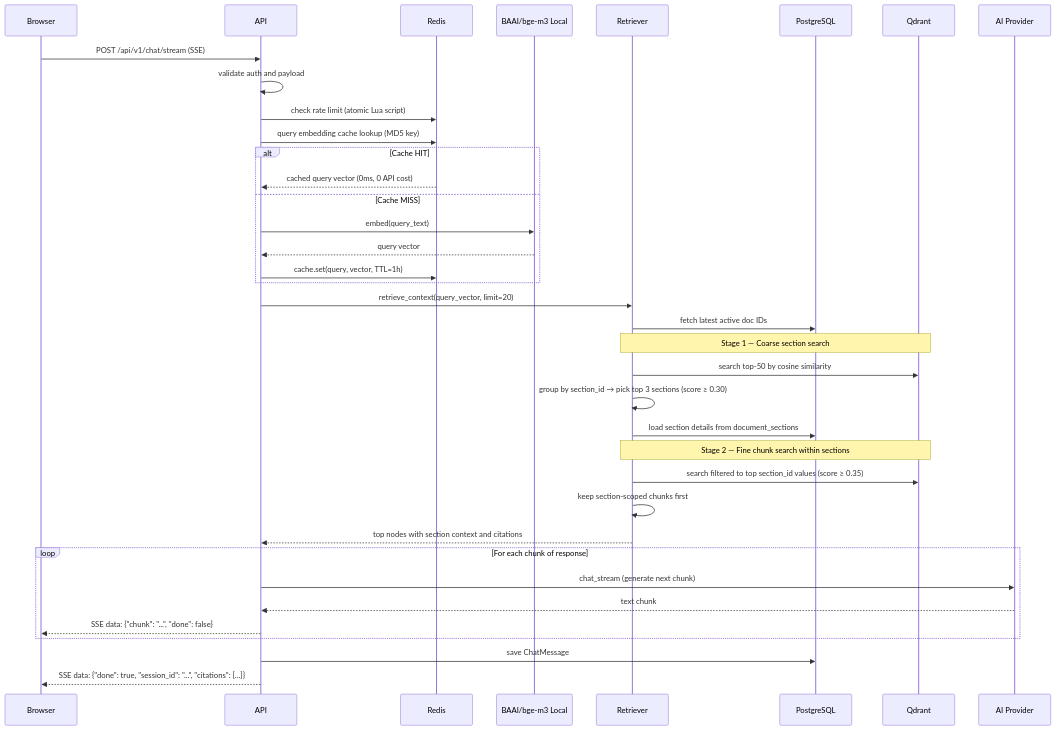
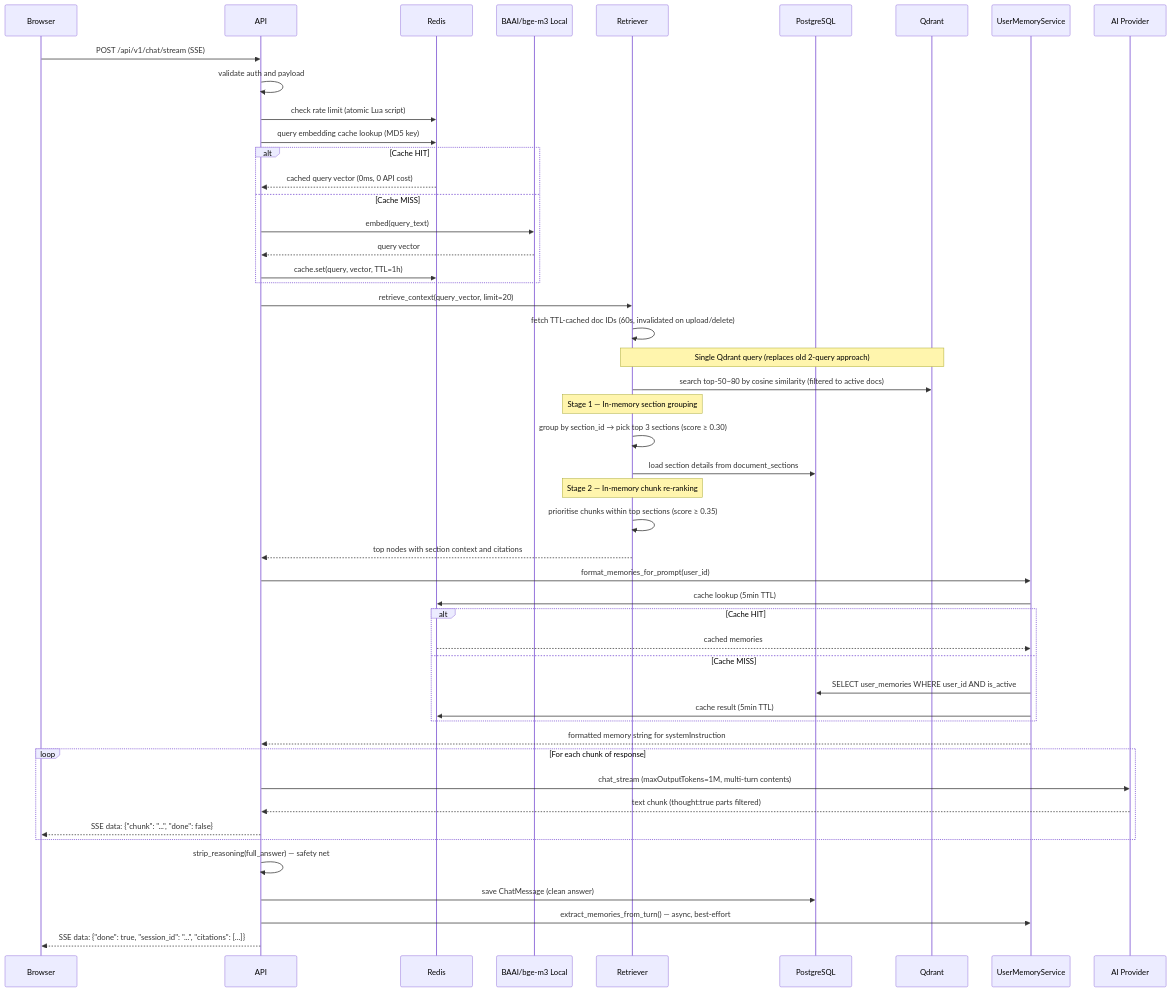
The second of 4 diagrams in docs/03_CORE_WORKFLOWS.md (qtuanph/chatbot-rag), drawn with Mermaid before and after one commit. The commit also changed other lines of this file and 30 other files, not shown here.

First line of the commit message:
feat: implement user memory management with CRUD operations

````diff
--- a/docs/03_CORE_WORKFLOWS.md
+++ b/docs/03_CORE_WORKFLOWS.md
@@ -80,41 +81,54 @@
 ```mermaid
 sequenceDiagram
     participant Browser
     participant API
     participant Redis
     participant Embedder as BAAI/bge-m3 Local
     participant Retriever
     participant DB as PostgreSQL
     participant Qdrant
+    participant Memory as UserMemoryService
     participant Provider as AI Provider
 
     Browser->>API: POST /api/v1/chat/stream (SSE)
     API->>API: validate auth and payload
     API->>Redis: check rate limit (atomic Lua script)
     API->>Redis: query embedding cache lookup (MD5 key)
     alt Cache HIT
         Redis-->>API: cached query vector (0ms, 0 API cost)
     else Cache MISS
         API->>Embedder: embed(query_text)
         Embedder-->>API: query vector
         API->>Redis: cache.set(query, vector, TTL=1h)
     end
     API->>Retriever: retrieve_context(query_vector, limit=20)
-    Retriever->>DB: fetch latest active doc IDs
-    Note over Retriever,Qdrant: Stage 1 — Coarse section search
-    Retriever->>Qdrant: search top-50 by cosine similarity
+    Retriever->>Retriever: fetch TTL-cached doc IDs (60s, invalidated on upload/delete)
+    Note over Retriever,Qdrant: Single Qdrant query (replaces old 2-query approach)
+    Retriever->>Qdrant: search top-50~80 by cosine similarity (filtered to active docs)
+    Note over Retriever: Stage 1 — In-memory section grouping
     Retriever->>Retriever: group by section_id → pick top 3 sections (score ≥ 0.30)
     Retriever->>DB: load section details from document_sections
-    Note over Retriever,Qdrant: Stage 2 — Fine chunk search within sections
-    Retriever->>Qdrant: search filtered to top section_id values (score ≥ 0.35)
-    Retriever->>Retriever: keep section-scoped chunks first
+    Note over Retriever: Stage 2 — In-memory chunk re-ranking
+    Retriever->>Retriever: prioritise chunks within top sections (score ≥ 0.35)
     Retriever-->>API: top nodes with section context and citations
 
+    API->>Memory: format_memories_for_prompt(user_id)
+    Memory->>Redis: cache lookup (5min TTL)
+    alt Cache HIT
+        Redis-->>Memory: cached memories
+    else Cache MISS
+        Memory->>DB: SELECT user_memories WHERE user_id AND is_active
+        Memory->>Redis: cache result (5min TTL)
+    end
+    Memory-->>API: formatted memory string for systemInstruction
+
     loop For each chunk of response
-        API->>Provider: chat_stream (generate next chunk)
-        Provider-->>API: text chunk
+        API->>Provider: chat_stream (maxOutputTokens=1M, multi-turn contents)
+        Provider-->>API: text chunk (thought:true parts filtered)
         API-->>Browser: SSE data: {"chunk": "...", "done": false}
     end
-    API->>DB: save ChatMessage
+    API->>API: strip_reasoning(full_answer) — safety net
+    API->>DB: save ChatMessage (clean answer)
+    API->>Memory: extract_memories_from_turn() — async, best-effort
     API-->>Browser: SSE data: {"done": true, "session_id": "...", "citations": [...]}
 ```
````
